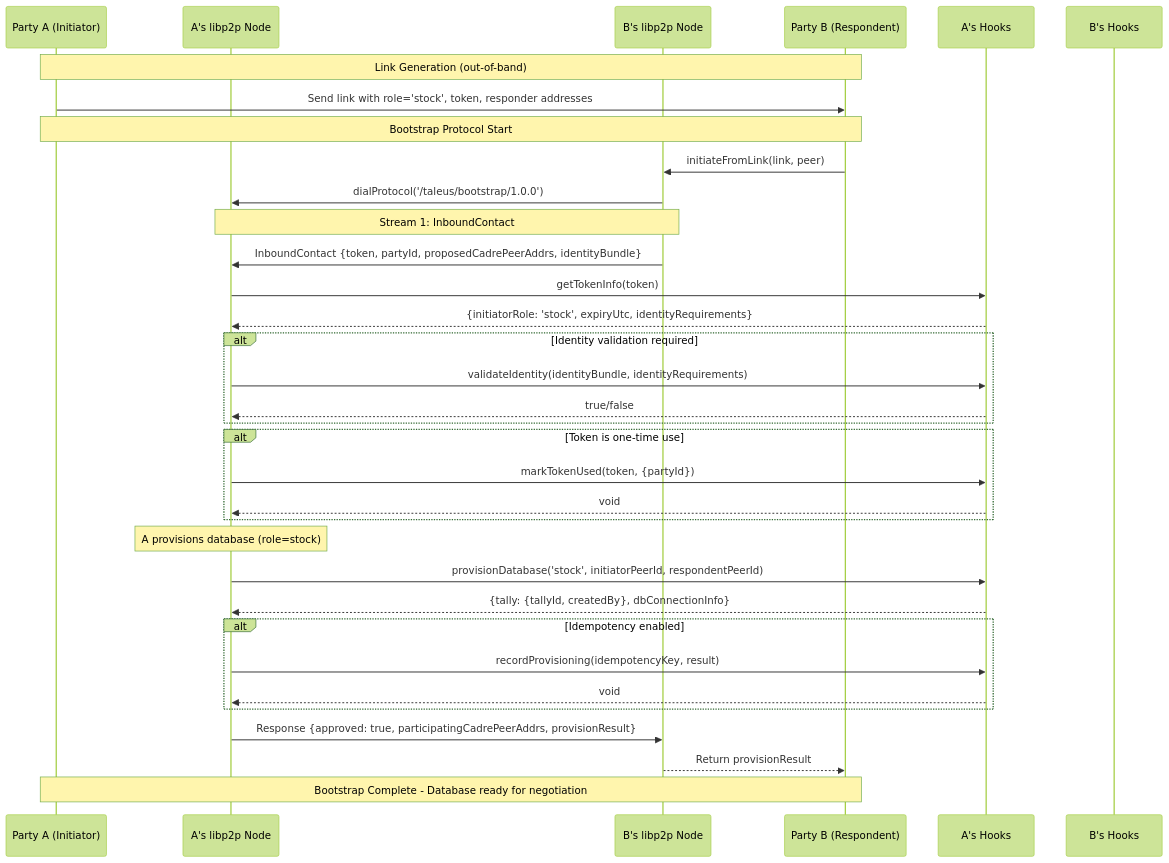
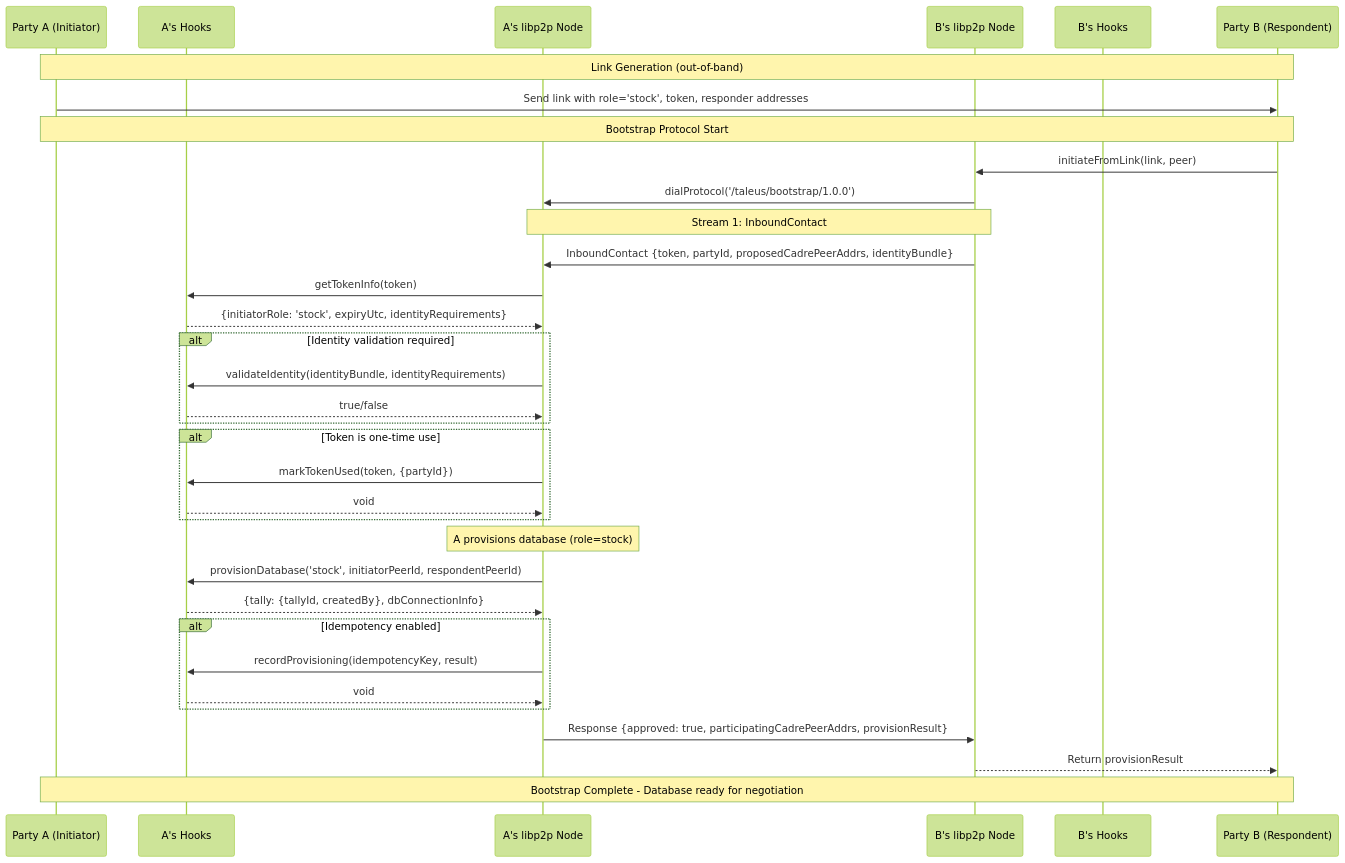
The first of 2 diagrams in doc/bootstrap.md (gotchoices/taleus), drawn with Mermaid (forest theme) before and after one commit. The commit also changed other lines of this file and 2 other files, not shown here.

````diff
--- a/doc/bootstrap.md
+++ b/doc/bootstrap.md
@@ -412,46 +412,46 @@
 ```mermaid
 sequenceDiagram
     participant A as Party A (Initiator)
+    participant AHooks as A's Hooks
     participant ANode as A's libp2p Node
     participant BNode as B's libp2p Node  
+    participant BHooks as B's Hooks
     participant B as Party B (Respondent)
-    participant AHooks as A's Hooks
-    participant BHooks as B's Hooks
 
     Note over A,B: Link Generation (out-of-band)
     A->>B: Send link with role='stock', token, responder addresses
 
     Note over A,B: Bootstrap Protocol Start
     B->>BNode: initiateFromLink(link, peer)
     BNode->>ANode: dialProtocol('/taleus/bootstrap/1.0.0')
     
     Note over BNode,ANode: Stream 1: InboundContact
     BNode->>ANode: InboundContact {token, partyId, proposedCadrePeerAddrs, identityBundle}
     
     ANode->>AHooks: getTokenInfo(token)
     AHooks-->>ANode: {initiatorRole: 'stock', expiryUtc, identityRequirements}
     
     alt Identity validation required
         ANode->>AHooks: validateIdentity(identityBundle, identityRequirements)
         AHooks-->>ANode: true/false
     end
     
     alt Token is one-time use
         ANode->>AHooks: markTokenUsed(token, {partyId})
         AHooks-->>ANode: void
     end
     
     Note over ANode: A provisions database (role=stock)
     ANode->>AHooks: provisionDatabase('stock', initiatorPeerId, respondentPeerId)
     AHooks-->>ANode: {tally: {tallyId, createdBy}, dbConnectionInfo}
     
     alt Idempotency enabled
         ANode->>AHooks: recordProvisioning(idempotencyKey, result)
         AHooks-->>ANode: void
     end
     
     ANode->>BNode: Response {approved: true, participatingCadrePeerAddrs, provisionResult}
     BNode-->>B: Return provisionResult
     
     Note over A,B: Bootstrap Complete - Database ready for negotiation
 ```
````
